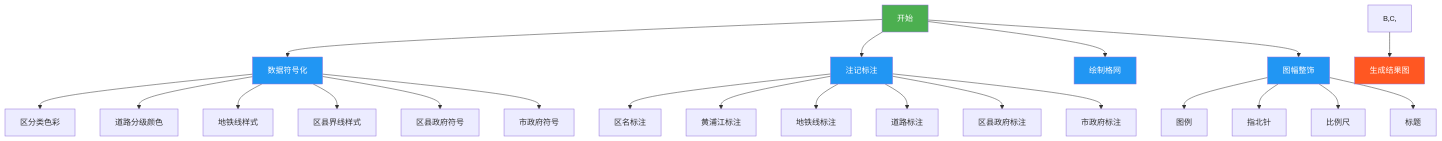
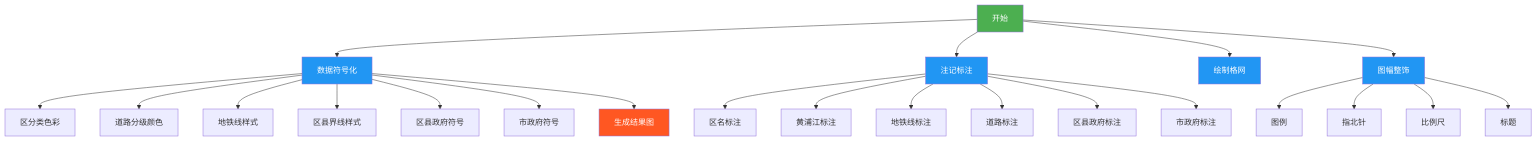
One commit to newguser/iodraw-files changed the diagram in all/未命名.md. Above: the diagram before and after it, drawn with Mermaid.

Commit message:
2025-02-27 10:28:33 update

````diff
--- a/all/未命名.md
+++ b/all/未命名.md
@@ -1,32 +1,33 @@
 ```mermaid
 graph TD
     A[开始] --> B[数据符号化]
     B --> B1[区分类色彩]
     B --> B2[道路分级颜色]
     B --> B3[地铁线样式]
     B --> B4[区县界线样式]
     B --> B5[区县政府符号]
     B --> B6[市政府符号]
 
     A --> C[注记标注]
     C --> C1[区名标注]
     C --> C2[黄浦江标注]
     C --> C3[地铁线标注]
     C --> C4[道路标注]
     C --> C5[区县政府标注]
     C --> C6[市政府标注]
 
     A --> D[绘制格网]
     A --> E[图幅整饰]
     E --> E1[图例]
     E --> E2[指北针]
     E --> E3[比例尺]
     E --> E4[标题]
 
-    B,C, --> F[生成结果图]
+    B --> F[生成结果图]
+    
 
     style A fill:#4CAF50,color:white
     style F fill:#FF5722,color:white
     classDef process fill:#2196F3,color:white;
     class B,C,D,E process
 ```
````
